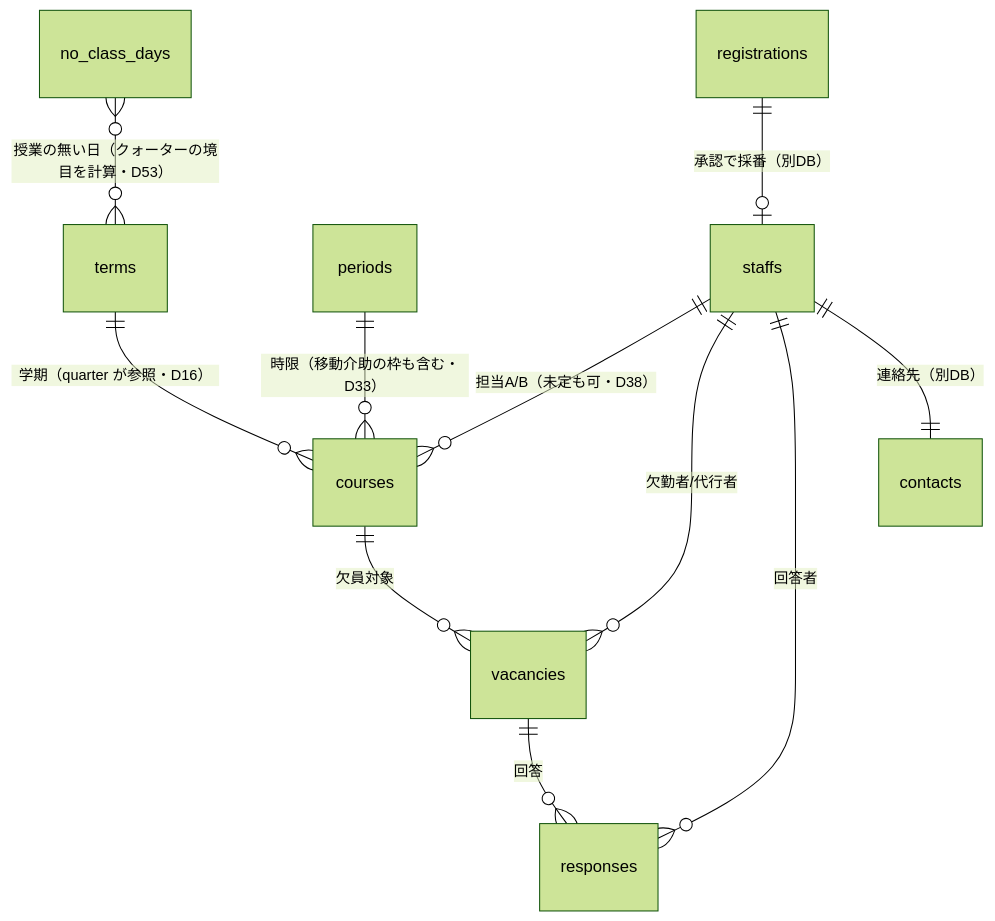
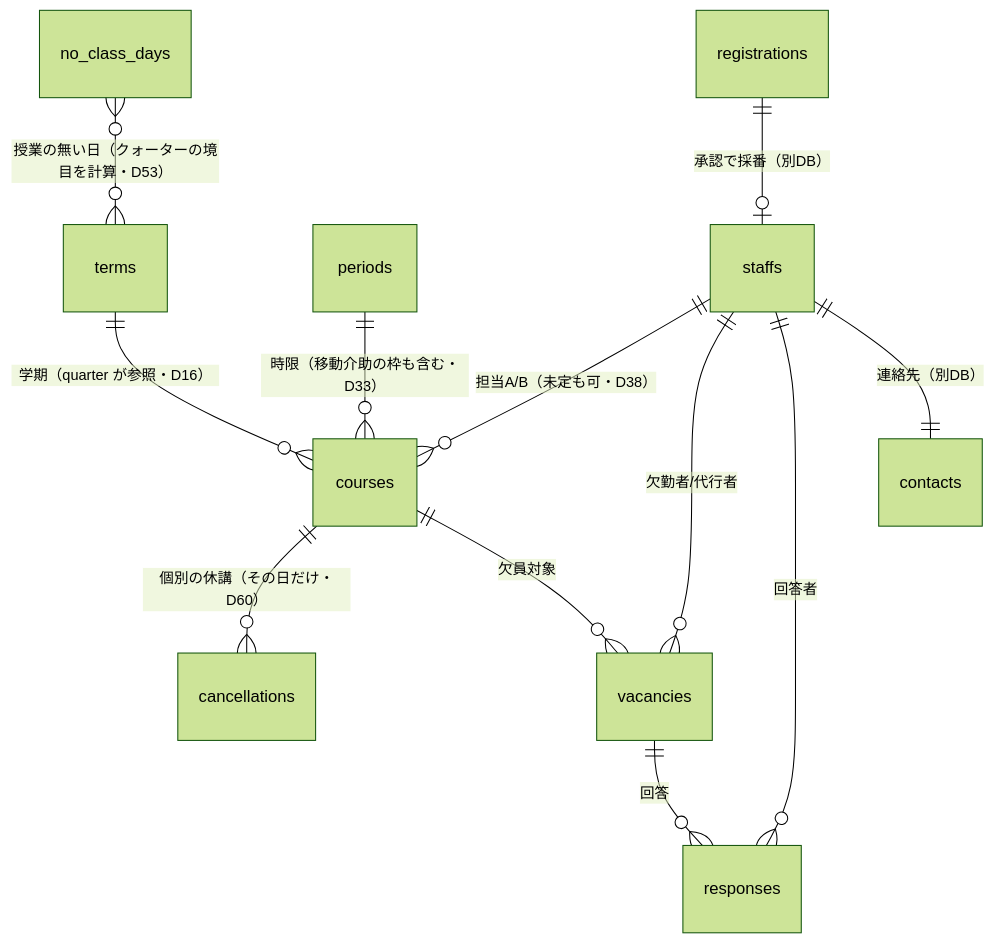
The second of 3 diagrams in docs/spec/architecture.md (Nakano-official/takeover), drawn with Mermaid (forest theme) before and after one commit. The commit also changed other lines of this file and 38 other files, not shown here.

````diff
--- a/docs/spec/architecture.md
+++ b/docs/spec/architecture.md
@@ -243,13 +243,14 @@
 ```mermaid
 erDiagram
     staffs   ||--o{ courses    : "担当A/B（未定も可・D38）"
     periods  ||--o{ courses    : "時限（移動介助の枠も含む・D33）"
     terms    ||--o{ courses    : "学期（quarter が参照・D16）"
     no_class_days }o--o{ terms : "授業の無い日（クォーターの境目を計算・D53）"
+    courses  ||--o{ cancellations : "個別の休講（その日だけ・D60）"
     courses  ||--o{ vacancies  : "欠員対象"
     staffs   ||--o{ vacancies  : "欠勤者/代行者"
     vacancies ||--o{ responses : "回答"
     staffs   ||--o{ responses  : "回答者"
     staffs   ||--|| contacts   : "連絡先（別DB）"
     registrations ||--o| staffs : "承認で採番（別DB）"
 ```
````
